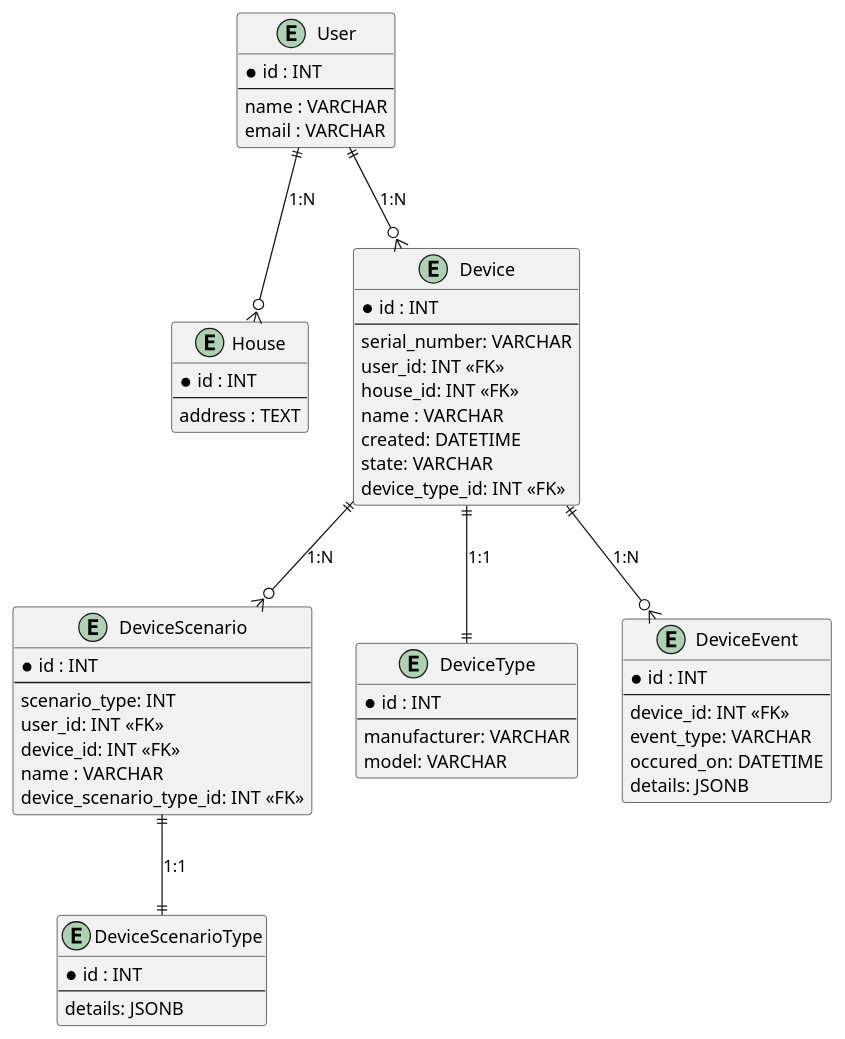
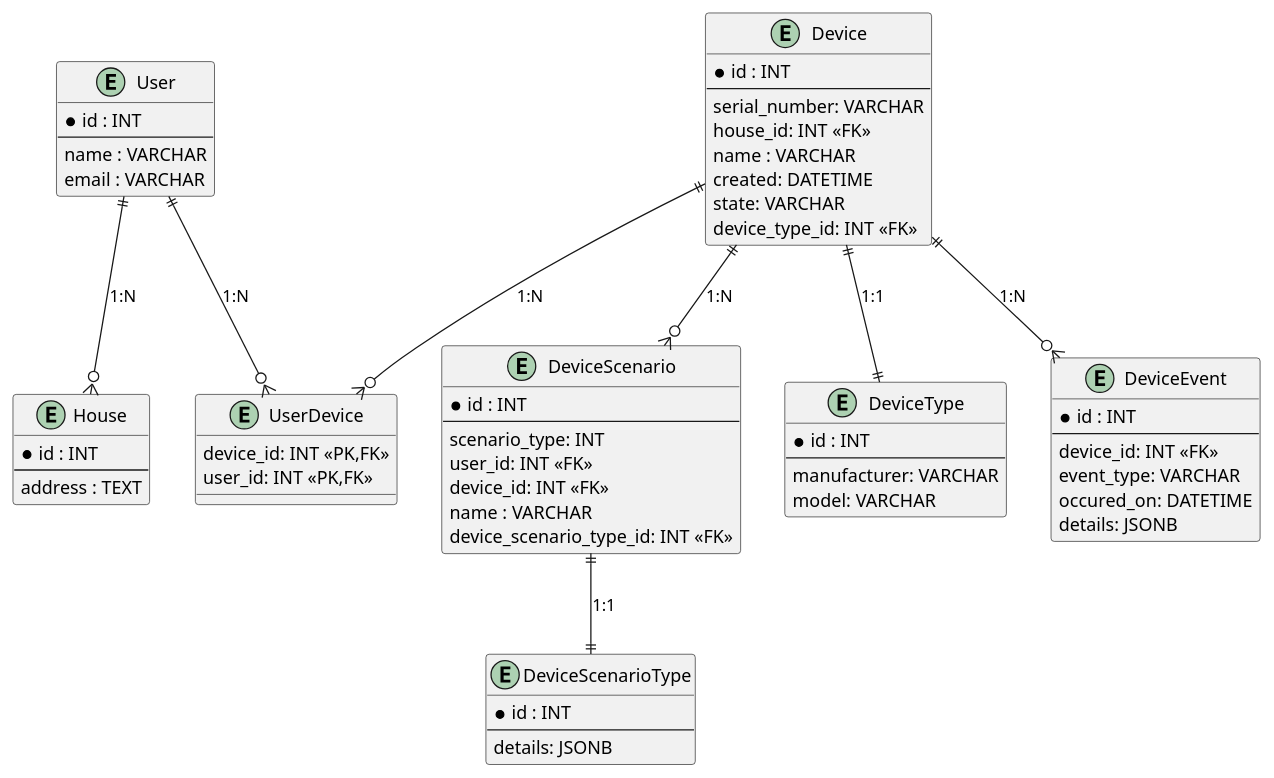
Before and after one commit to Khorunzhev/architecture-sprint-3: the diagram in diagrams/er.puml, drawn with PlantUML.

Commit message:
sprint_3

```diff
--- a/diagrams/er.puml
+++ b/diagrams/er.puml
@@ -1,67 +1,74 @@
 @startuml
 
 entity "User" as user {
     *id : INT
     --
     name : VARCHAR
     email : VARCHAR
 }
 
 entity "House" as house {
     *id : INT
     --
     address : TEXT
 }
 
 entity "Device" as device {
     *id : INT
     --
     serial_number: VARCHAR
-    user_id: INT <<FK>>
     house_id: INT <<FK>>
     name : VARCHAR
     created: DATETIME
     state: VARCHAR
     device_type_id: INT <<FK>>
 }
 
 entity "DeviceScenario" as device_scenario {
     *id : INT
     --
     scenario_type: INT
     user_id: INT <<FK>>
     device_id: INT <<FK>>
     name : VARCHAR
     device_scenario_type_id: INT <<FK>>
 }
 
 entity "DeviceScenarioType" as device_scenario_type {
     *id : INT
     --
     details: JSONB
 }
 
 entity "DeviceType" as device_type {
     *id : INT
     --
     manufacturer: VARCHAR
     model: VARCHAR
 }
 
 entity "DeviceEvent" as device_event {
     *id : INT
     --
     device_id: INT <<FK>>
     event_type: VARCHAR
     occured_on: DATETIME
     details: JSONB
 }
 
-user ||--o{ device: "1:N"
+entity "UserDevice" as user_device_event {
+    device_id: INT <<PK,FK>>
+    user_id: INT <<PK,FK>>
+}
+
+
+
+user ||--o{ user_device_event: "1:N"
+device ||--o{ user_device_event: "1:N"
 user ||--o{ house: "1:N"
 device ||--|| device_type : "1:1"
 device ||--o{ device_event : "1:N"
 device ||--o{ device_scenario : "1:N"
 device_scenario ||--|| device_scenario_type : "1:1"
 
 @enduml
```
